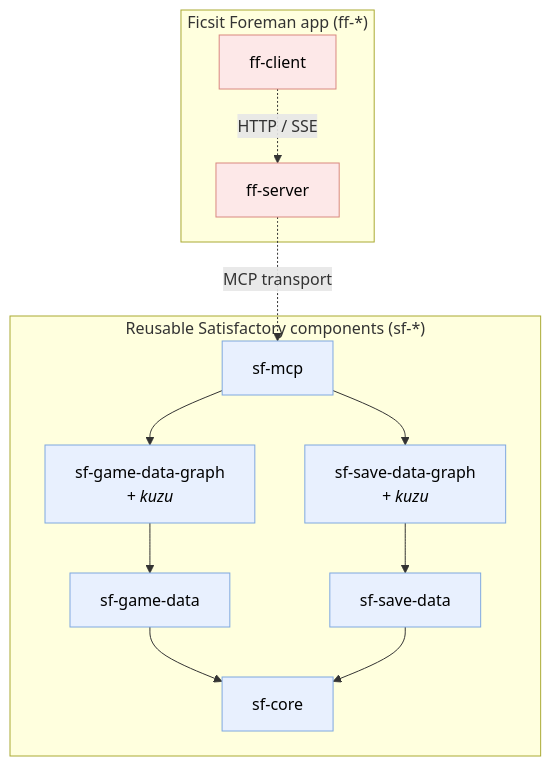
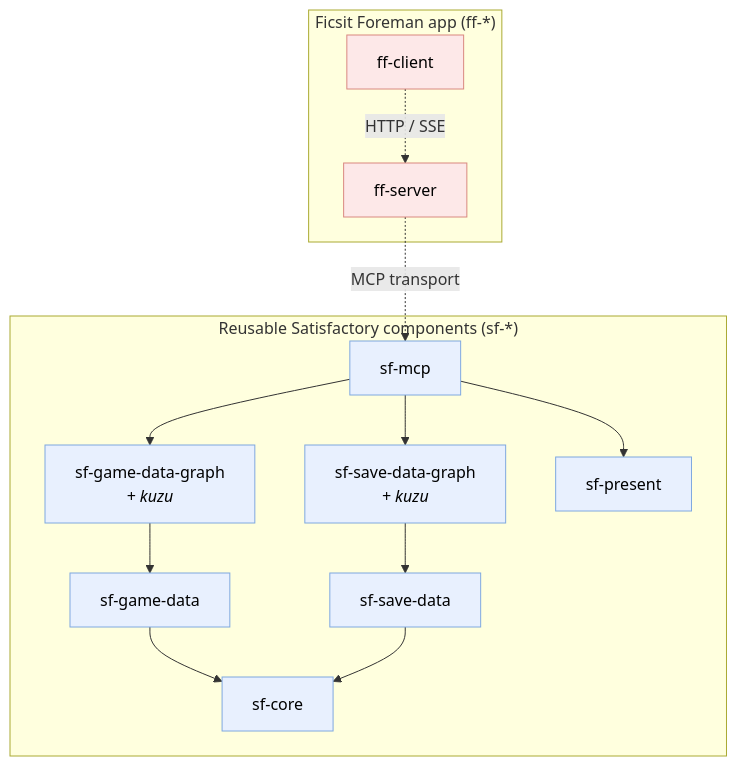
The diagram in docs/component-architecture.md (StuartMeeks/ficsit-foreman), drawn with Mermaid before and after one commit. The commit also changed other lines of this file and 26 other files, not shown here.

````diff
--- a/docs/component-architecture.md
+++ b/docs/component-architecture.md
@@ -106,29 +113,31 @@
 ```mermaid
 graph TD
     subgraph app["Ficsit Foreman app (ff-*)"]
         ffc["ff-client"]
         ffs["ff-server"]
     end
     subgraph reusable["Reusable Satisfactory components (sf-*)"]
         mcp["sf-mcp"]
         gdg["sf-game-data-graph<br/><i>+ kuzu</i>"]
         gd["sf-game-data"]
         sdg["sf-save-data-graph<br/><i>+ kuzu</i>"]
         sd["sf-save-data"]
+        present["sf-present"]
         core["sf-core"]
     end
 
     ffc -. "HTTP / SSE" .-> ffs
     ffs -. "MCP transport" .-> mcp
     mcp --> gdg
     mcp --> sdg
+    mcp --> present
     gdg --> gd
     gd --> core
     sdg --> sd
     sd --> core
 
     classDef app fill:#fde8e8,stroke:#d98880,color:#000;
     classDef sf fill:#e8f0fe,stroke:#7fa8e0,color:#000;
     class ffc,ffs app;
-    class mcp,gdg,gd,sdg,sd,core sf;
+    class mcp,gdg,gd,sdg,sd,present,core sf;
 ```
````
